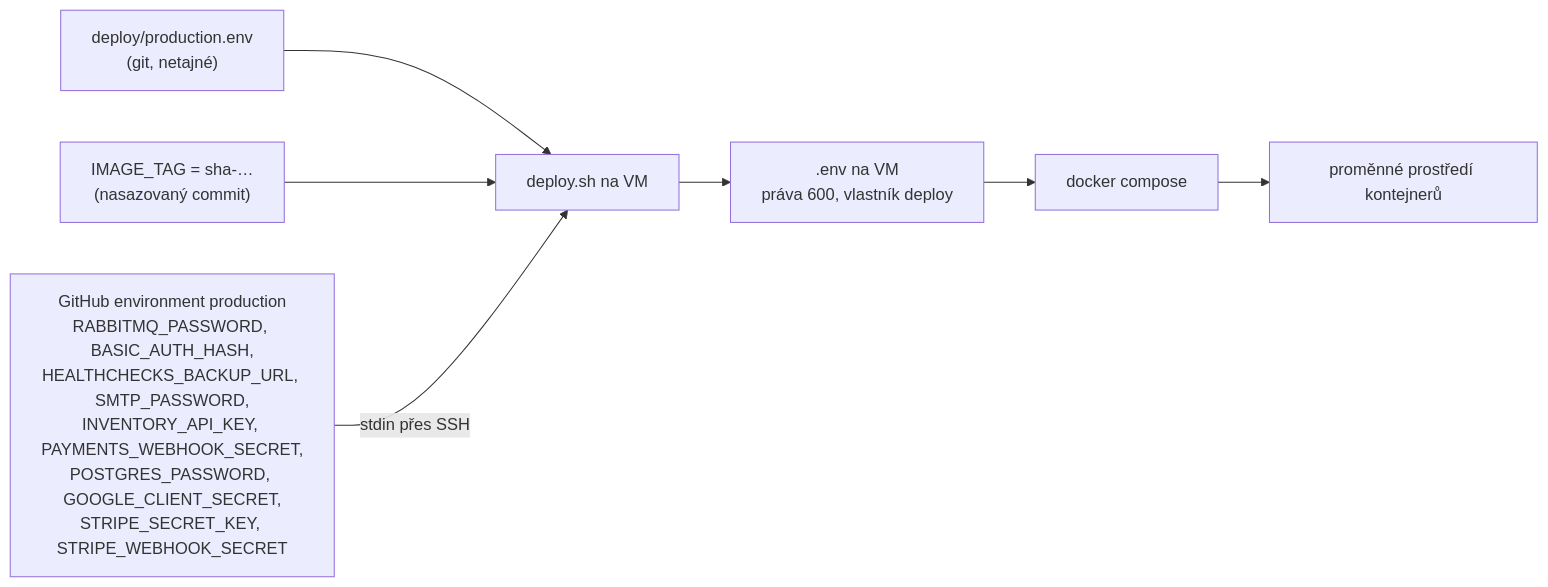
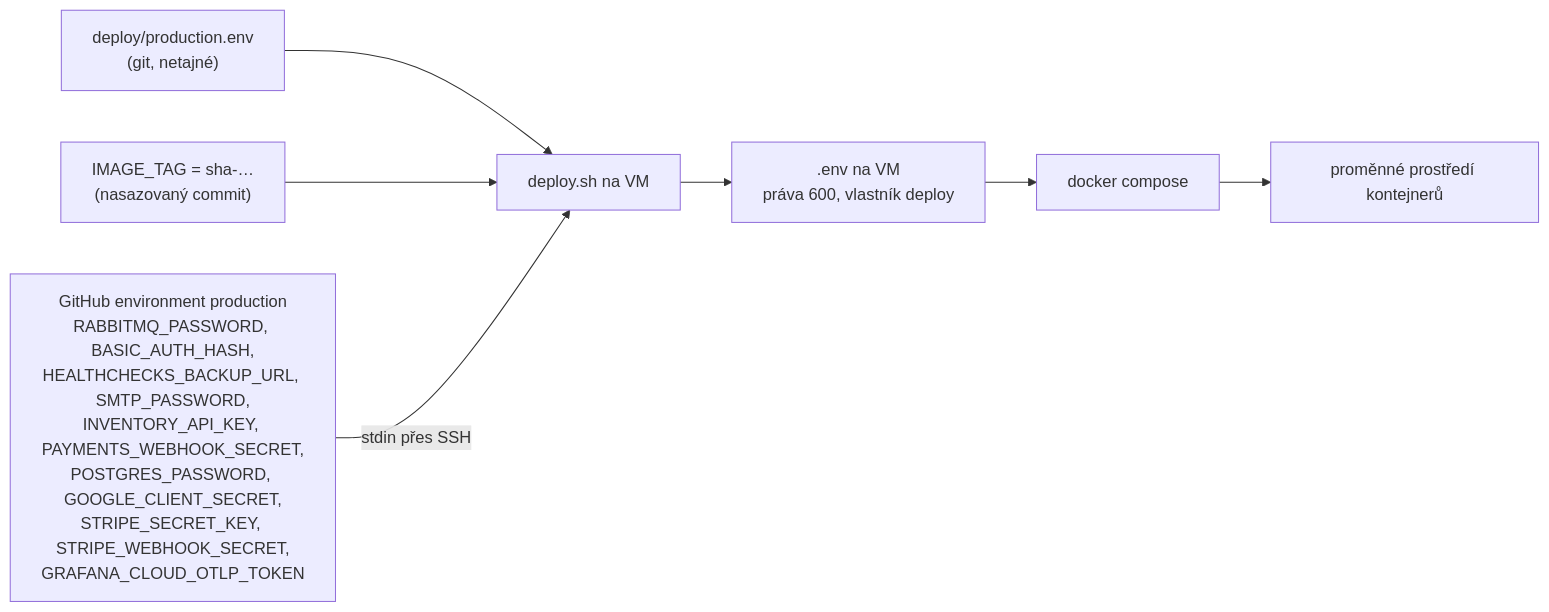
Before and after one commit to ftichy/MiniShop: the diagram in docs/prirucka/github/secrets.md, drawn with Mermaid. The commit also changed other lines of this file and 14 other files, not shown here.

First line of the commit message:
OBSERVABILITA G1: Grafana Alloy a export telemetrie do Grafana Cloud

````diff
--- a/docs/prirucka/github/secrets.md
+++ b/docs/prirucka/github/secrets.md
@@ -12,11 +12,11 @@
 ```mermaid
 flowchart LR
     pe["deploy/production.env<br/>(git, netajné)"] --> sh["deploy.sh na VM"]
     tag["IMAGE_TAG = sha-…<br/>(nasazovaný commit)"] --> sh
-    sec["GitHub environment production<br/>RABBITMQ_PASSWORD, BASIC_AUTH_HASH,<br/>HEALTHCHECKS_BACKUP_URL, SMTP_PASSWORD,<br/>INVENTORY_API_KEY, PAYMENTS_WEBHOOK_SECRET,<br/>POSTGRES_PASSWORD, GOOGLE_CLIENT_SECRET,<br/>STRIPE_SECRET_KEY, STRIPE_WEBHOOK_SECRET"] -->|"stdin přes SSH"| sh
+    sec["GitHub environment production<br/>RABBITMQ_PASSWORD, BASIC_AUTH_HASH,<br/>HEALTHCHECKS_BACKUP_URL, SMTP_PASSWORD,<br/>INVENTORY_API_KEY, PAYMENTS_WEBHOOK_SECRET,<br/>POSTGRES_PASSWORD, GOOGLE_CLIENT_SECRET,<br/>STRIPE_SECRET_KEY, STRIPE_WEBHOOK_SECRET,<br/>GRAFANA_CLOUD_OTLP_TOKEN"] -->|"stdin přes SSH"| sh
     sh --> env[".env na VM<br/>práva 600, vlastník deploy"]
     env --> compose["docker compose"]
     compose --> cont["proměnné prostředí kontejnerů"]
 
     click sh "/Docs/github/cd"
 ```
````
